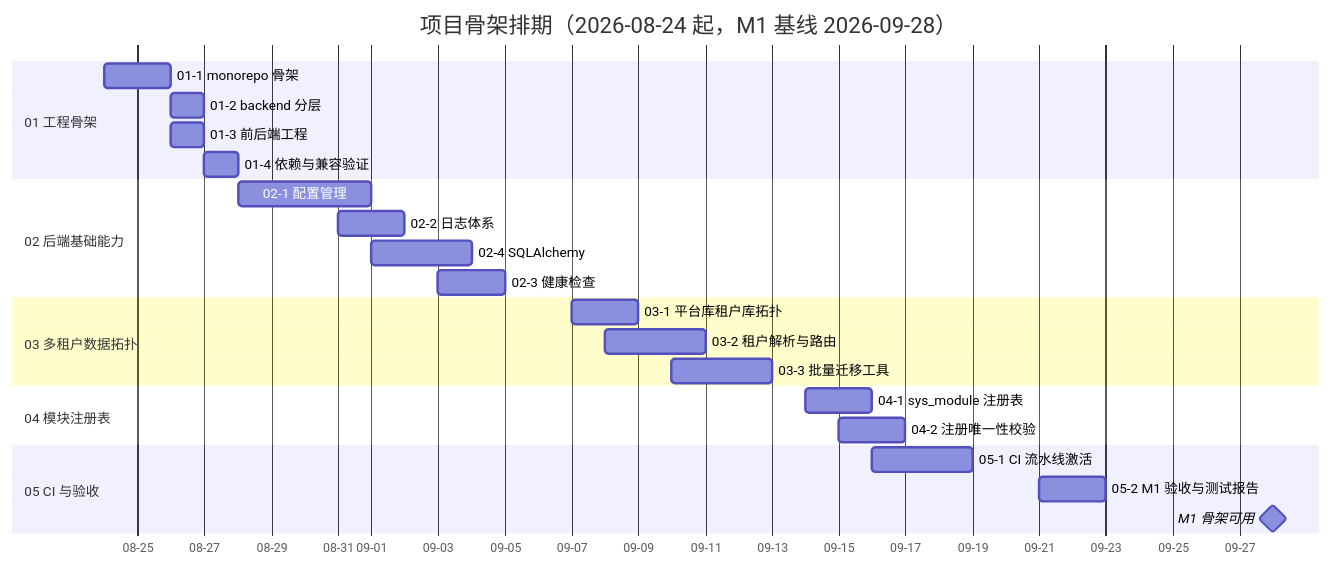
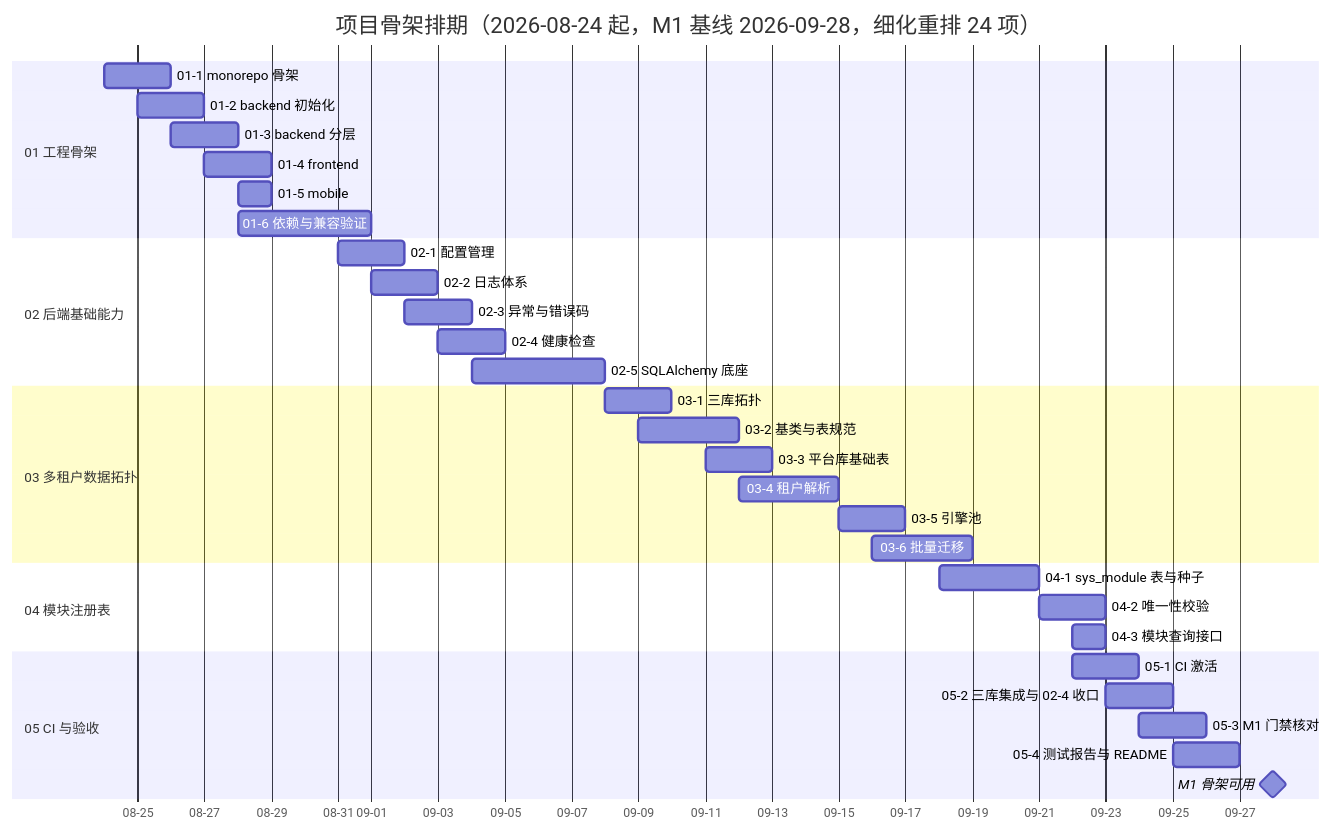
Before and after one commit to minjian123/basic-management-system: the diagram in 文档/项目/01_项目骨架/计划/01_计划_项目骨架.md, drawn with Mermaid. The commit also changed other lines of this file and 45 other files, not shown here.

````diff
--- a/文档/项目/01_项目骨架/计划/01_计划_项目骨架.md
+++ b/文档/项目/01_项目骨架/计划/01_计划_项目骨架.md
@@ -46,27 +56,36 @@
 ```mermaid
 gantt
-    title 项目骨架排期（2026-08-24 起，M1 基线 2026-09-28）
+    title 项目骨架排期（2026-08-24 起，M1 基线 2026-09-28，细化重排 24 项）
     dateFormat YYYY-MM-DD
     axisFormat %m-%d
     section 01 工程骨架
     01-1 monorepo 骨架 :a11, 2026-08-24, 2d
-    01-2 backend 分层 :a12, after a11, 1d
-    01-3 前后端工程 :a13, after a11, 1d
-    01-4 依赖与兼容验证 :a14, after a12, 1d
+    01-2 backend 初始化 :a12, 2026-08-25, 2d
+    01-3 backend 分层 :a13, 2026-08-26, 2d
+    01-4 frontend :a14, 2026-08-27, 2d
+    01-5 mobile :a15, 2026-08-28, 1d
+    01-6 依赖与兼容验证 :a16, 2026-08-28, 4d
     section 02 后端基础能力
-    02-1 配置管理 :a21, 2026-08-28, 4d
-    02-2 日志体系 :a22, 2026-08-31, 2d
-    02-4 SQLAlchemy :a24, 2026-09-01, 3d
-    02-3 健康检查 :a23, 2026-09-03, 2d
+    02-1 配置管理 :a21, 2026-08-31, 2d
+    02-2 日志体系 :a22, 2026-09-01, 2d
+    02-3 异常与错误码 :a23, 2026-09-02, 2d
+    02-4 健康检查 :a24, 2026-09-03, 2d
+    02-5 SQLAlchemy 底座 :a25, 2026-09-04, 4d
     section 03 多租户数据拓扑
-    03-1 平台库租户库拓扑 :a31, 2026-09-07, 2d
-    03-2 租户解析与路由 :a32, 2026-09-08, 3d
-    03-3 批量迁移工具 :a33, 2026-09-10, 3d
+    03-1 三库拓扑 :a31, 2026-09-08, 2d
+    03-2 基类与表规范 :a32, 2026-09-09, 3d
+    03-3 平台库基础表 :a33, 2026-09-11, 2d
+    03-4 租户解析 :a34, 2026-09-12, 3d
+    03-5 引擎池 :a35, 2026-09-15, 2d
+    03-6 批量迁移 :a36, 2026-09-16, 3d
     section 04 模块注册表
-    04-1 sys_module 注册表 :a41, 2026-09-14, 2d
-    04-2 注册唯一性校验 :a42, 2026-09-15, 2d
+    04-1 sys_module 表与种子 :a41, 2026-09-18, 3d
+    04-2 唯一性校验 :a42, 2026-09-21, 2d
+    04-3 模块查询接口 :a43, 2026-09-22, 1d
     section 05 CI 与验收
-    05-1 CI 流水线激活 :a51, 2026-09-16, 3d
-    05-2 M1 验收与测试报告 :a52, 2026-09-21, 2d
+    05-1 CI 激活 :a51, 2026-09-22, 2d
+    05-2 三库集成与 02-4 收口 :a52, 2026-09-23, 2d
+    05-3 M1 门禁核对 :a53, 2026-09-24, 2d
+    05-4 测试报告与 README :a54, 2026-09-25, 2d
     M1 骨架可用 :milestone, m1, 2026-09-28, 0d
 ```
````
